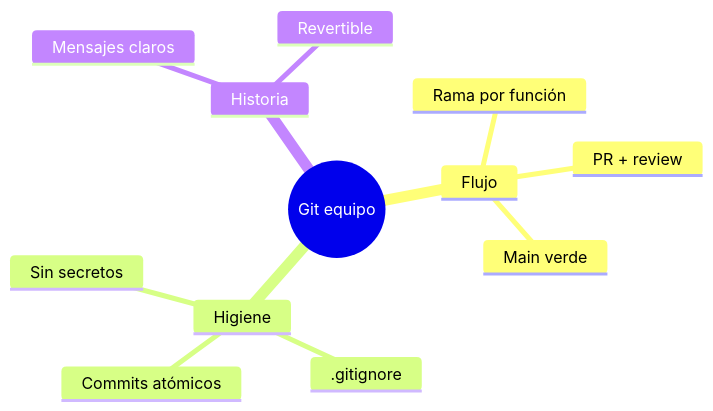
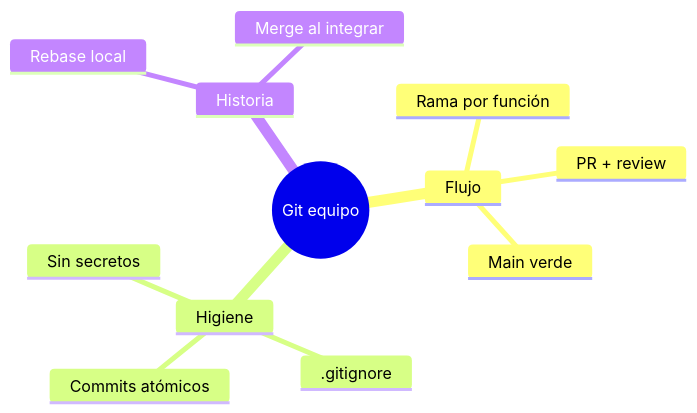
One commit to Fsteven22/Notas-de-Universidad-Freddy-Sanchez- changed the third of 3 diagrams in Universidad/3er Semestre/Diseño de Software/Unidad 5 - Pruebas unitarias/02 - Control de versiones con Git.md. Above: the diagram before and after it, drawn with Mermaid. The commit also changed other lines of this file and 40 other files, not shown here.

````diff
--- a/Universidad/3er Semestre/Diseño de Software/Unidad 5 - Pruebas unitarias/02 - Control de versiones con Git.md
+++ b/Universidad/3er Semestre/Diseño de Software/Unidad 5 - Pruebas unitarias/02 - Control de versiones con Git.md
@@ -130,15 +260,15 @@
 ```mermaid
 mindmap
   root((Git equipo))
     Flujo
       Rama por función
       PR + review
       Main verde
     Higiene
       Commits atómicos
       .gitignore
       Sin secretos
     Historia
-      Mensajes claros
-      Revertible
+      Rebase local
+      Merge al integrar
 ```
````
